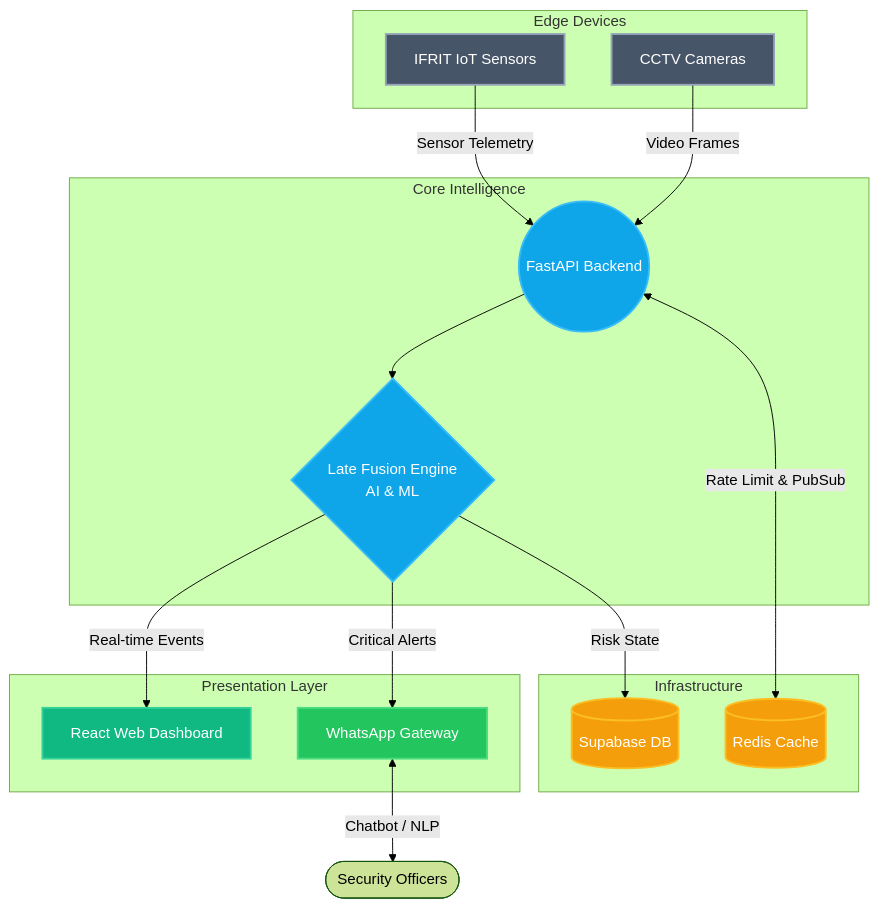
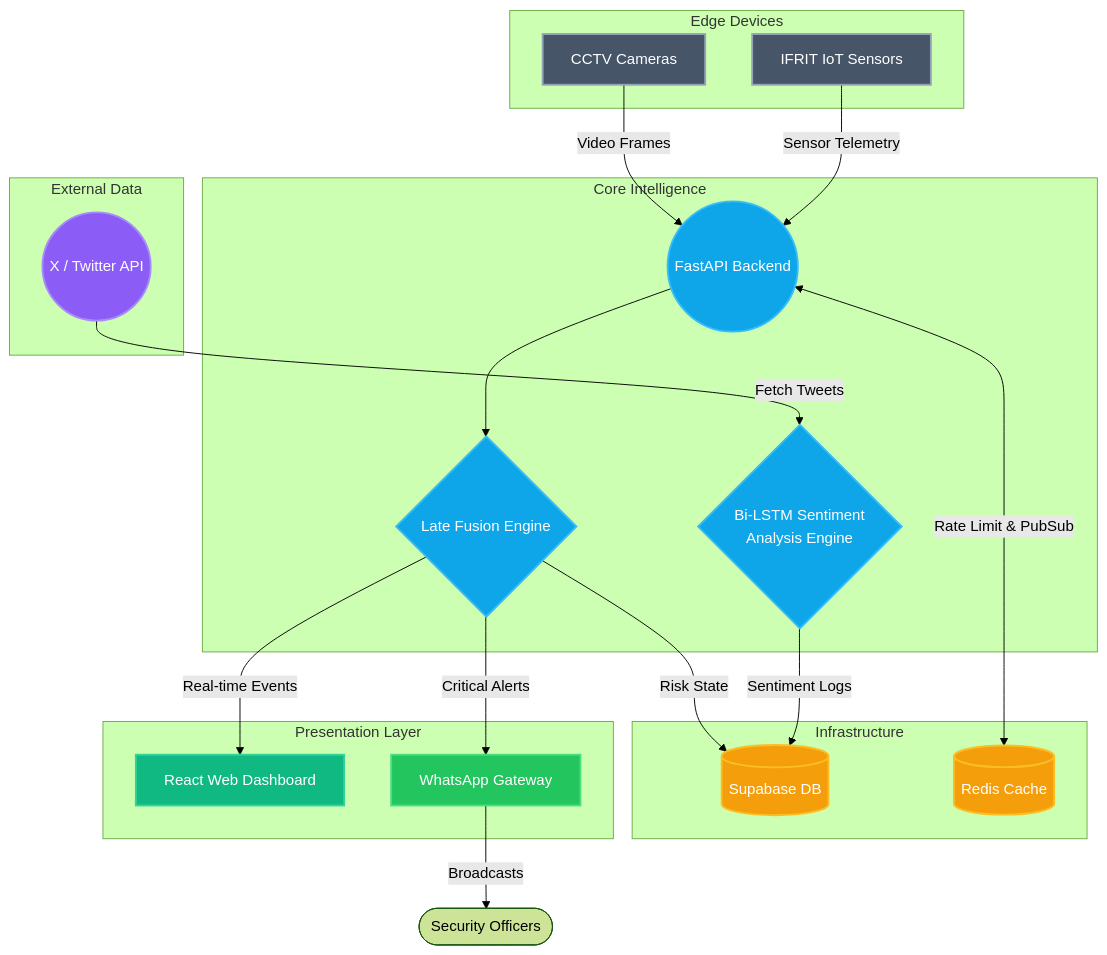
The diagram in README.md (MawanRequiem/AgniRakhsa-FireDetection), drawn with Mermaid (forest theme) before and after one commit. The commit also changed 2 other files, not shown here.

Commit message:
docs: revise architecture diagram and texts to reflect X/Twitter NLP Sentiment Analysis

````diff
--- a/README.md
+++ b/README.md
@@ -7,39 +7,47 @@
 ```mermaid
 graph TD
     %% Define Styles
     classDef hardware fill:#475569,stroke:#94a3b8,stroke-width:2px,color:#fff;
     classDef backend fill:#0ea5e9,stroke:#38bdf8,stroke-width:2px,color:#fff;
     classDef web fill:#10b981,stroke:#34d399,stroke-width:2px,color:#fff;
     classDef bot fill:#22c55e,stroke:#4ade80,stroke-width:2px,color:#fff;
     classDef db fill:#f59e0b,stroke:#fbbf24,stroke-width:2px,color:#fff;
+    classDef external fill:#8b5cf6,stroke:#a78bfa,stroke-width:2px,color:#fff;
     
     subgraph Edge ["Edge Devices"]
         S[IFRIT IoT Sensors]:::hardware
         C[CCTV Cameras]:::hardware
     end
 
+    subgraph Ext ["External Data"]
+        X((X / Twitter API)):::external
+    end
+
     subgraph Core ["Core Intelligence"]
         B((FastAPI Backend)):::backend
-        F{Late Fusion Engine\nAI & ML}:::backend
+        F{Late Fusion Engine}:::backend
+        NLP{Bi-LSTM Sentiment\nAnalysis Engine}:::backend
     end
 
     subgraph Infra ["Infrastructure"]
         DB[(Supabase DB)]:::db
         R[(Redis Cache)]:::db
     end
 
     subgraph Present ["Presentation Layer"]
         W[React Web Dashboard]:::web
         WA[WhatsApp Gateway]:::bot
     end
 
     %% Data Flow
     S -->|Sensor Telemetry| B
     C -->|Video Frames| B
+    X -->|Fetch Tweets| NLP
+    NLP -->|Sentiment Logs| DB
     B --> F
     F -->|Risk State| DB
     B <-->|Rate Limit & PubSub| R
     F -->|Real-time Events| W
     F -->|Critical Alerts| WA
-    WA <-->|Chatbot / NLP| Users([Security Officers])
+    WA -->|Broadcasts| Users([Security Officers])
 ```
````
